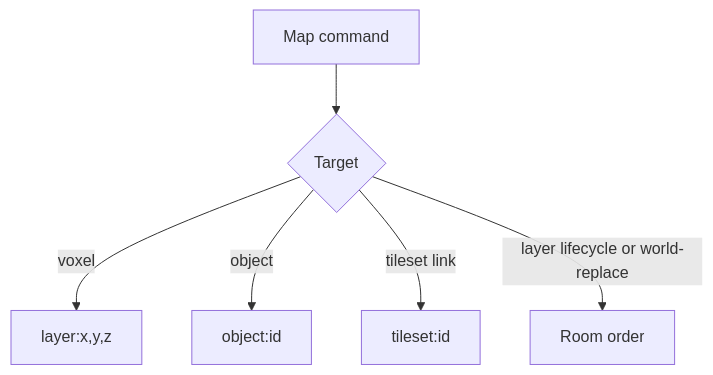
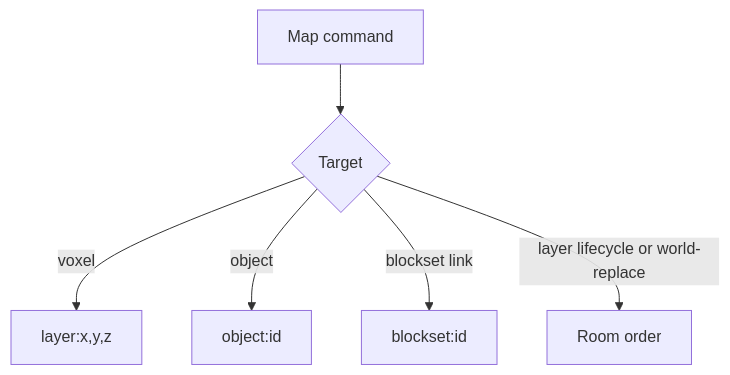
The fourth of 5 diagrams in packages/assets/voxel-map/ARCHITECTURE.md (JollyPixel/editor), drawn with Mermaid before and after one commit. The commit also changed other lines of this file and 382 other files, not shown here.

````diff
--- a/packages/assets/voxel-map/ARCHITECTURE.md
+++ b/packages/assets/voxel-map/ARCHITECTURE.md
@@ -45,8 +45,8 @@
 ```mermaid
 flowchart TB
     Command["Map command"] --> Action{"Target"}
     Action -->|"voxel"| Cell["layer:x,y,z"]
     Action -->|"object"| Object["object:id"]
-    Action -->|"tileset link"| Tileset["tileset:id"]
+    Action -->|"blockset link"| Blockset["blockset:id"]
     Action -->|"layer lifecycle or world-replace"| Order["Room order"]
 ```
````
